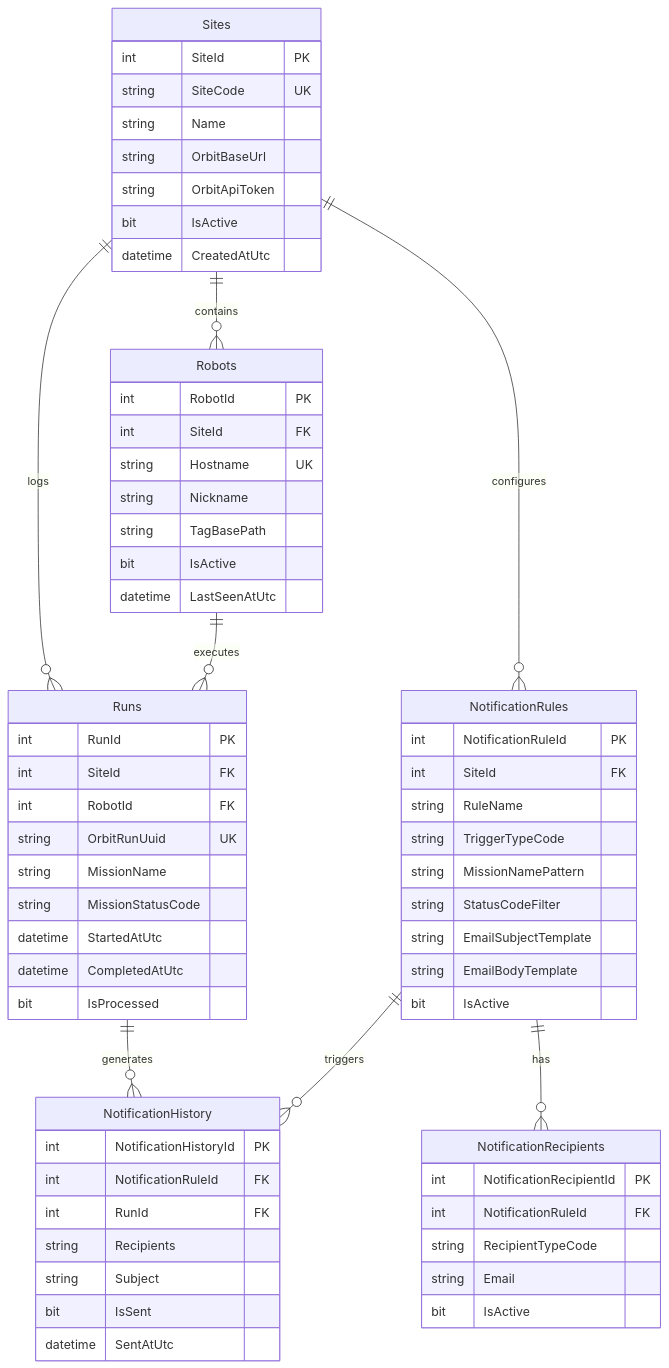
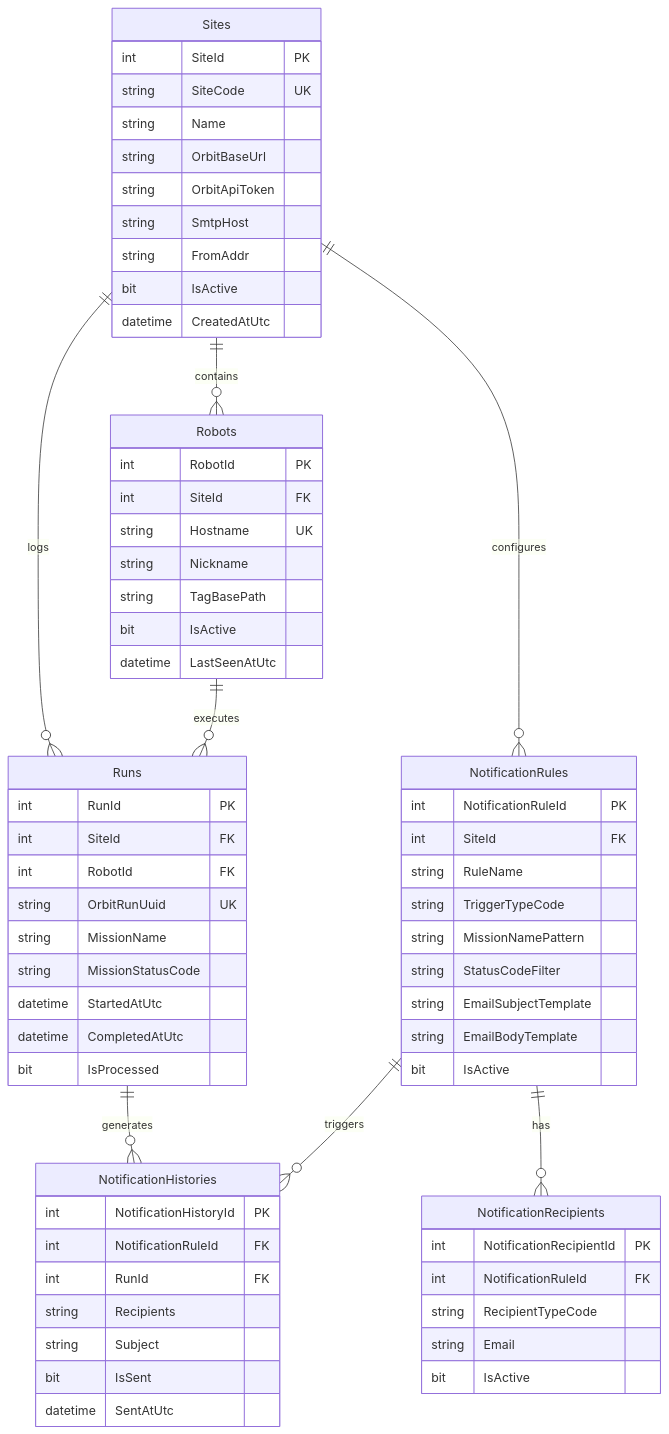
The third of 4 diagrams in ignition-spot-simple-plan.md (YieumYoon/file-transfer), drawn with Mermaid before and after one commit. The commit also changed other lines of this file and 2 other files, not shown here.

````diff
--- a/ignition-spot-simple-plan.md
+++ b/ignition-spot-simple-plan.md
@@ -191,75 +218,77 @@
 ```mermaid
 erDiagram
     Sites ||--o{ Robots : contains
     Sites ||--o{ Runs : logs
     Sites ||--o{ NotificationRules : configures
     
     Robots ||--o{ Runs : executes
     
-    Runs ||--o{ NotificationHistory : generates
+    Runs ||--o{ NotificationHistories : generates
     
     NotificationRules ||--o{ NotificationRecipients : has
-    NotificationRules ||--o{ NotificationHistory : triggers
+    NotificationRules ||--o{ NotificationHistories : triggers
 
     Sites {
         int SiteId PK
         string SiteCode UK
         string Name
         string OrbitBaseUrl
         string OrbitApiToken
+        string SmtpHost
+        string FromAddr
         bit IsActive
         datetime CreatedAtUtc
     }
     
     Robots {
         int RobotId PK
         int SiteId FK
         string Hostname UK
         string Nickname
         string TagBasePath
         bit IsActive
         datetime LastSeenAtUtc
     }
     
     Runs {
         int RunId PK
         int SiteId FK
         int RobotId FK
         string OrbitRunUuid UK
         string MissionName
         string MissionStatusCode
         datetime StartedAtUtc
         datetime CompletedAtUtc
         bit IsProcessed
     }
     
     NotificationRules {
         int NotificationRuleId PK
         int SiteId FK
         string RuleName
         string TriggerTypeCode
         string MissionNamePattern
         string StatusCodeFilter
         string EmailSubjectTemplate
         string EmailBodyTemplate
         bit IsActive
     }
     
     NotificationRecipients {
         int NotificationRecipientId PK
         int NotificationRuleId FK
         string RecipientTypeCode
         string Email
         bit IsActive
     }
     
-    NotificationHistory {
+    NotificationHistories {
         int NotificationHistoryId PK
         int NotificationRuleId FK
         int RunId FK
         string Recipients
         string Subject
         bit IsSent
         datetime SentAtUtc
     }
 ```
````
